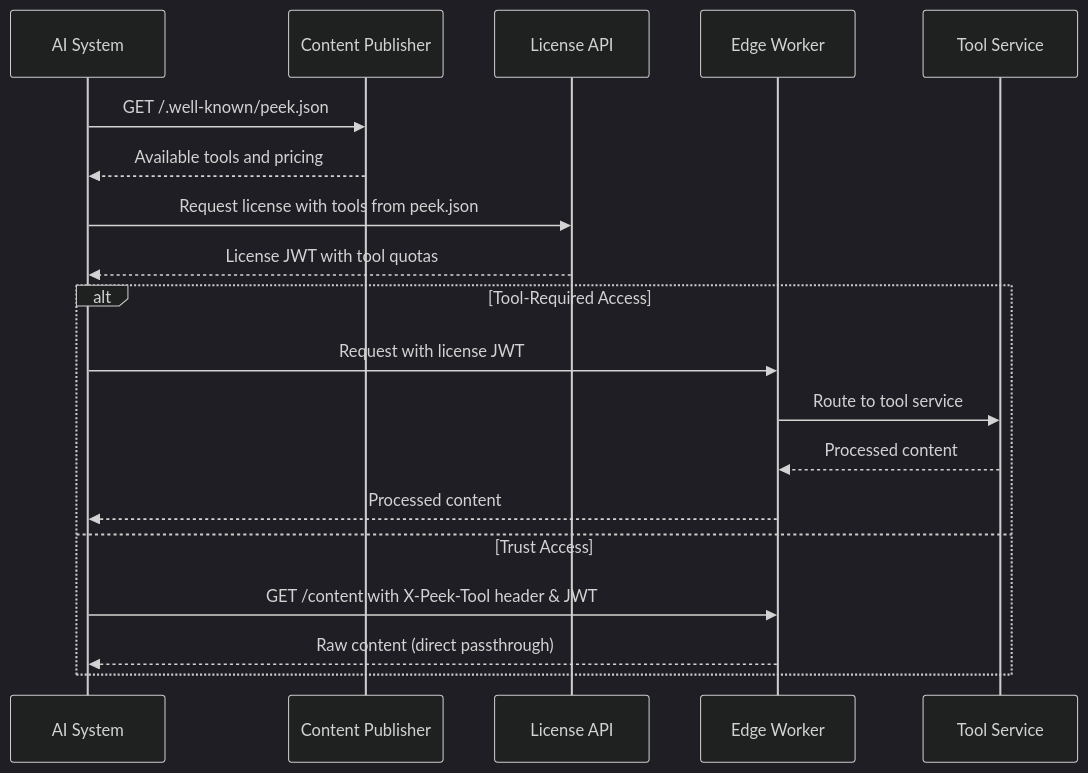
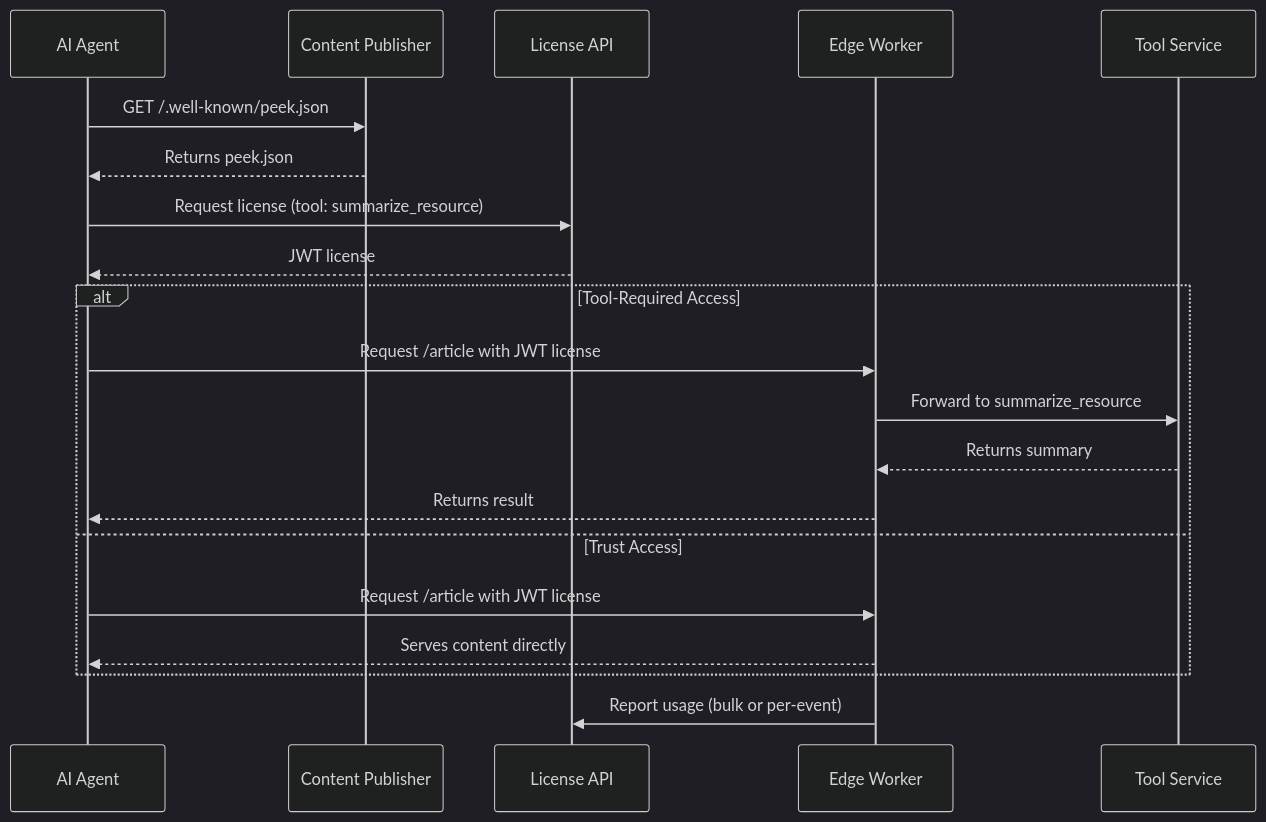
Before and after one commit to PeekThenPay/peek-json-spec: the diagram in README.md, drawn with Mermaid (dark theme). The commit also changed other lines of this file and 38 other files, not shown here.

Commit message:
chore: OSS best practices, CI, lint, format, typecheck, schema validation, .gitignore

````diff
--- a/README.md
+++ b/README.md
@@ -80,24 +164,25 @@
 ```mermaid
 sequenceDiagram
-    participant Client as AI System
-    participant Publisher as Content Publisher
-    participant LicenseAPI as License API
-    participant Edge as Edge Worker
-    participant Service as Tool Service
-    
-    Client->>Publisher: GET /.well-known/peek.json
-    Publisher-->>Client: Available tools and pricing
-    
-    Client->>LicenseAPI: Request license with tools from peek.json
-    LicenseAPI-->>Client: License JWT with tool quotas
-    
-    alt Tool-Required Access
-        Client->>Edge: Request with license JWT
-        Edge->>Service: Route to tool service
-        Service-->>Edge: Processed content
-        Edge-->>Client: Processed content
-    else Trust Access
-        Client->>Edge: GET /content with X-Peek-Tool header & JWT
-        Edge-->>Client: Raw content (direct passthrough)
-    end
+  participant AI as AI Agent
+  participant Publisher as Content Publisher
+  participant LicenseAPI as License API
+  participant Edge as Edge Worker
+  participant ToolService as Tool Service
+
+  AI->>Publisher: GET /.well-known/peek.json
+  Publisher-->>AI: Returns peek.json
+
+  AI->>LicenseAPI: Request license (tool: summarize_resource)
+  LicenseAPI-->>AI: JWT license
+
+  alt Tool-Required Access
+    AI->>Edge: Request /article with JWT license
+    Edge->>ToolService: Forward to summarize_resource
+    ToolService-->>Edge: Returns summary
+    Edge-->>AI: Returns result
+  else Trust Access
+    AI->>Edge: Request /article with JWT license
+    Edge-->>AI: Serves content directly
+  end
+  Edge->>LicenseAPI: Report usage (bulk or per-event)
 ```
````
